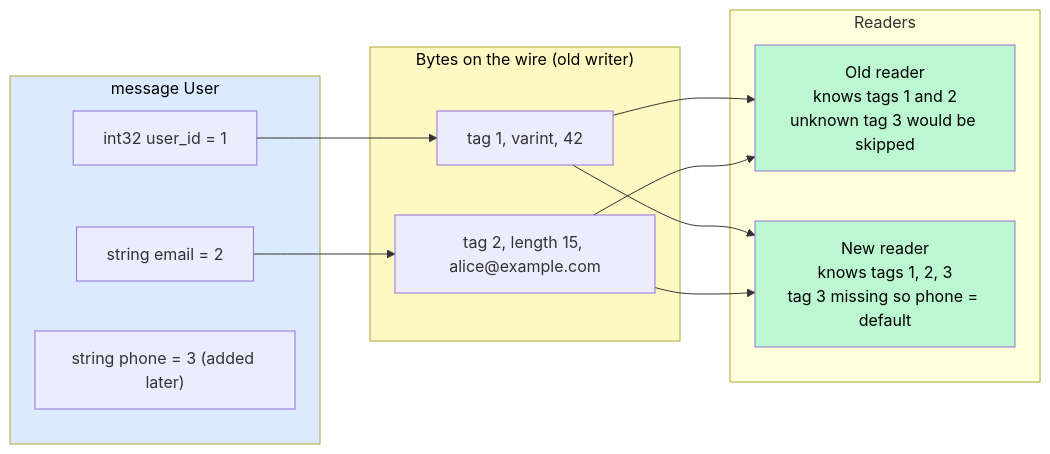
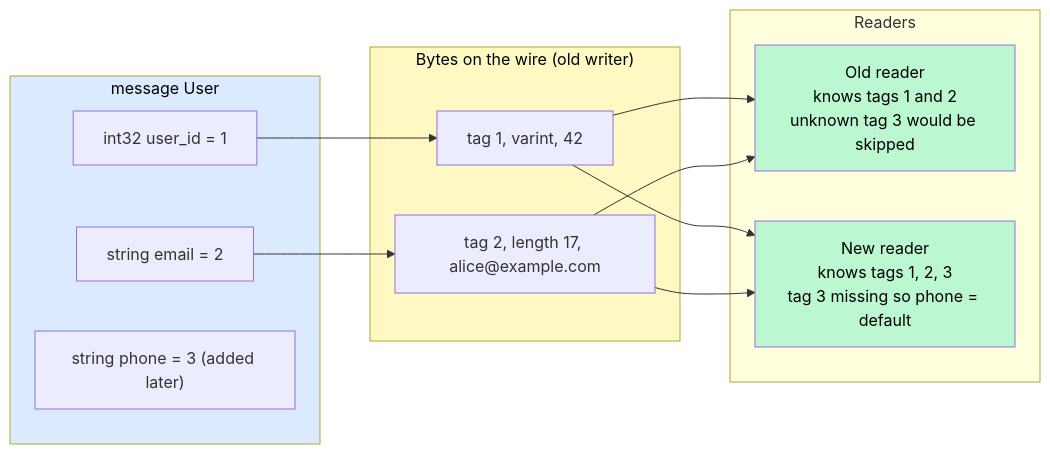
Before and after one commit to Ankan1998/learn-system-design: the first of 3 diagrams in Level-03-Communication/09-Data-Serialization-and-Schema-Evolution/README.md, drawn with Mermaid. The commit also changed other lines of this file and 139 other files, not shown here.

````diff
--- a/Level-03-Communication/09-Data-Serialization-and-Schema-Evolution/README.md
+++ b/Level-03-Communication/09-Data-Serialization-and-Schema-Evolution/README.md
@@ -122,30 +122,30 @@
 ```mermaid
 flowchart LR
     subgraph Schema["message User"]
         F1["int32 user_id = 1"]
         F2["string email = 2"]
         F3["string phone = 3 (added later)"]
     end
 
     subgraph Wire["Bytes on the wire (old writer)"]
         W1["tag 1, varint, 42"]
-        W2["tag 2, length 15, alice@example.com"]
+        W2["tag 2, length 17, alice@example.com"]
     end
 
     subgraph Readers["Readers"]
         OLD["Old reader<br/>knows tags 1 and 2<br/>unknown tag 3 would be skipped"]
         NEW["New reader<br/>knows tags 1, 2, 3<br/>tag 3 missing so phone = default"]
     end
 
     F1 --> W1
     F2 --> W2
     W1 --> OLD
     W2 --> OLD
     W1 --> NEW
     W2 --> NEW
 
     style Schema fill:#dbeafe,color:#000
     style Wire fill:#fef9c3,color:#000
     style OLD fill:#bbf7d0,color:#000
     style NEW fill:#bbf7d0,color:#000
 ```
````
